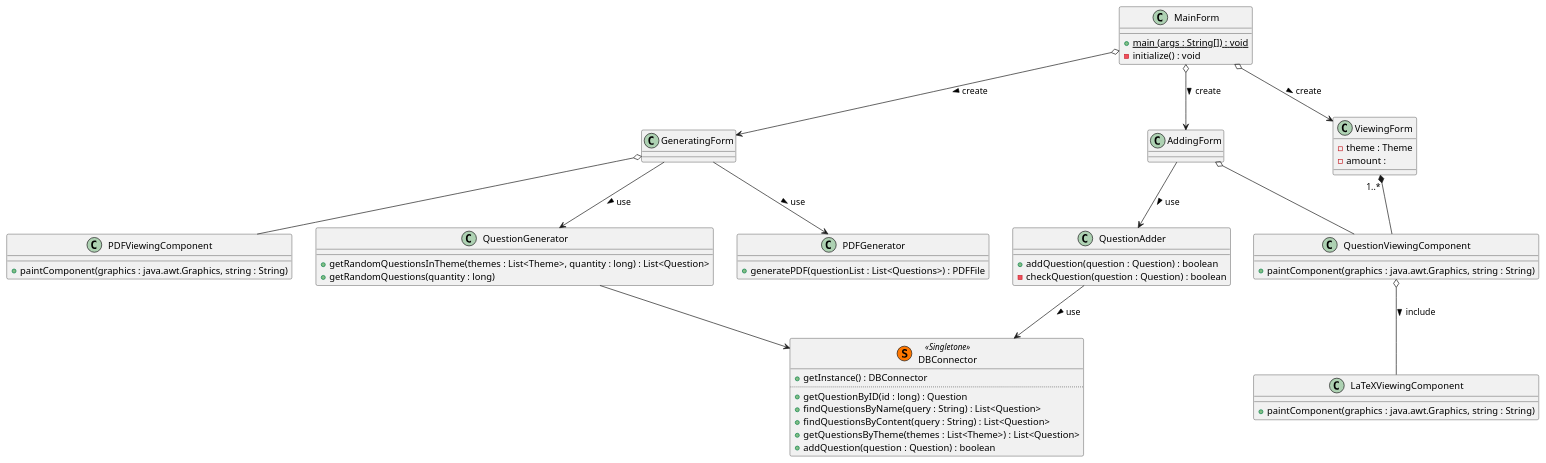
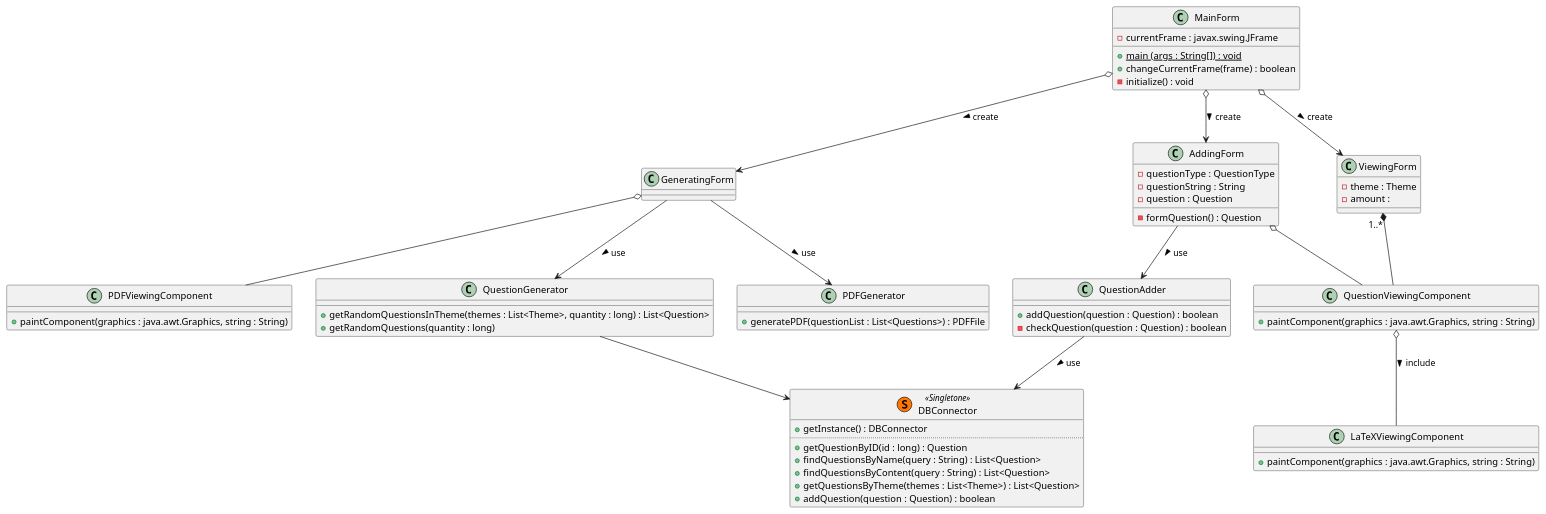
Before and after one commit to earring/testgenerator: the diagram in diags/wholeClassDiagram.puml, drawn with PlantUML. The commit also changed 1 other file, not shown here.

Commit message:
изменена диаграмма добавления теста, изменена общая диаграмма

```diff
--- a/diags/wholeClassDiagram.puml
+++ b/diags/wholeClassDiagram.puml
@@ -2,72 +2,77 @@
 @startuml
 class DBConnector <<(S,#FF7700) Singletone>> {
     +getInstance() : DBConnector
     ..
     +getQuestionByID(id : long) : Question
     +findQuestionsByName(query : String) : List<Question>
     +findQuestionsByContent(query : String) : List<Question>
     +getQuestionsByTheme(themes : List<Theme>) : List<Question>
     +addQuestion(question : Question) : boolean
 }
 
 class QuestionGenerator {
     +getRandomQuestionsInTheme(themes : List<Theme>, quantity : long) : List<Question>
     +getRandomQuestions(quantity : long)
 }
 
 class MainForm {
+    -currentFrame : javax.swing.JFrame
     +main {static} (args : String[]) : void
+    +changeCurrentFrame(frame) : boolean
     -initialize() : void
 }
 
 class AddingForm {
-
+    -questionType : QuestionType
+    -questionString : String
+    -question : Question
+    -formQuestion() : Question
 }
 
 class ViewingForm {
     -theme : Theme
     -amount :
 }
 
 class GeneratingForm {
 
 }
 
 class QuestionAdder {
     +addQuestion(question : Question) : boolean
     -checkQuestion(question : Question) : boolean
 }
 
 class LaTeXViewingComponent {
     +paintComponent(graphics : java.awt.Graphics, string : String)
 }
 
 class QuestionViewingComponent {
     +paintComponent(graphics : java.awt.Graphics, string : String)
 }
 
 class PDFGenerator {
     +generatePDF(questionList : List<Questions>) : PDFFile
 }
 
 class PDFViewingComponent {
     +paintComponent(graphics : java.awt.Graphics, string : String)
 }
 
 QuestionGenerator --> DBConnector
 
 MainForm  o--> AddingForm : create >
 AddingForm --> QuestionAdder : use >
 QuestionAdder --> DBConnector : use >
 
 AddingForm o-- QuestionViewingComponent
 QuestionViewingComponent o-- LaTeXViewingComponent : include >
 
 MainForm o--> ViewingForm : create >
 ViewingForm "1..*" *-- QuestionViewingComponent
 
 MainForm o--> GeneratingForm : create >
 GeneratingForm --> QuestionGenerator : use >
 GeneratingForm --> PDFGenerator : use >
 GeneratingForm o-- PDFViewingComponent
 @enduml
```
